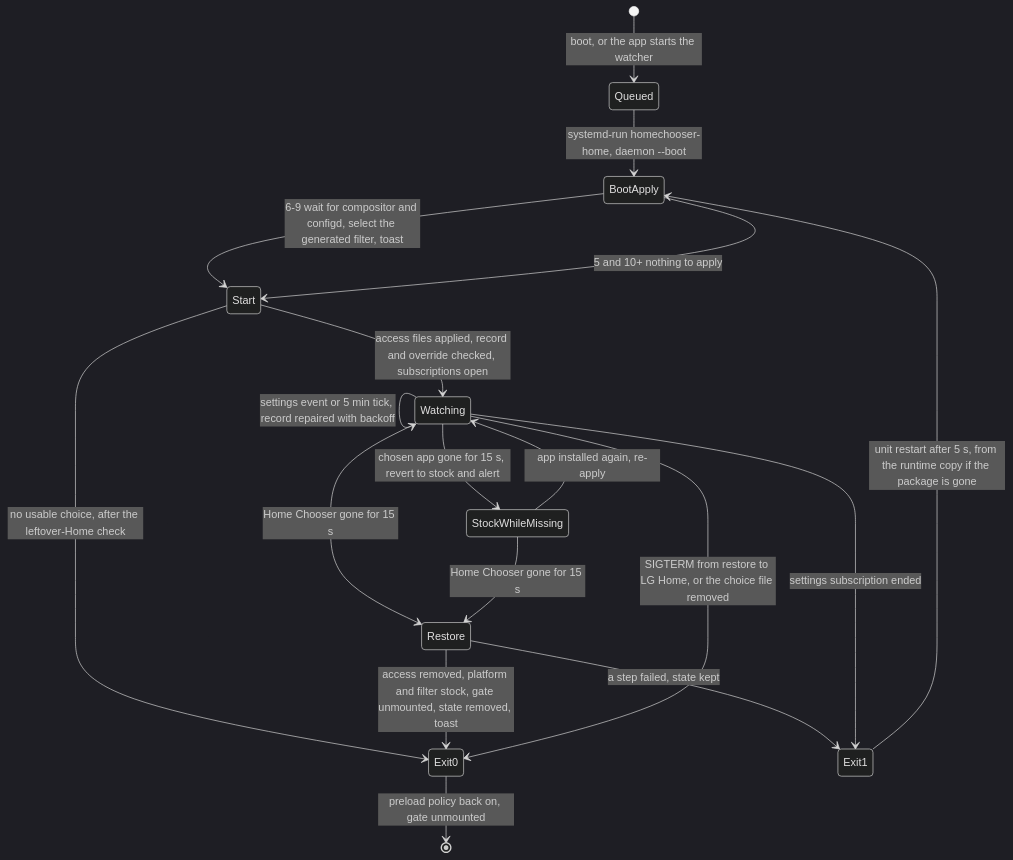
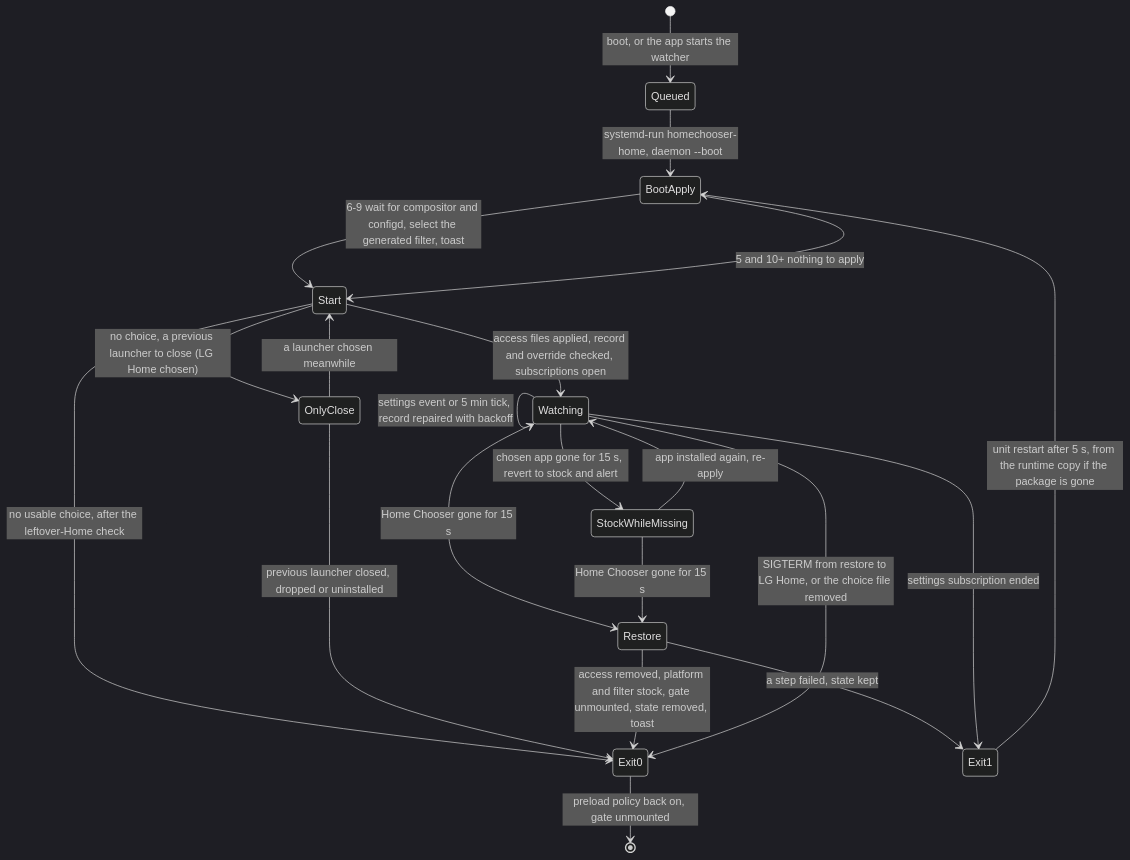
Before and after one commit to webosbrew/home-chooser: the fourth of 5 diagrams in docs/architecture.md, drawn with Mermaid (dark theme). The commit also changed other lines of this file and 3 other files, not shown here.

Commit message:
docs: the previous launcher is closed by the watcher after the panel

````diff
--- a/docs/architecture.md
+++ b/docs/architecture.md
@@ -170,21 +170,24 @@
 ```mermaid
 stateDiagram-v2
     [*] --> Queued: boot, or the app starts the watcher
     Queued --> BootApply: systemd-run homechooser-home, daemon --boot
     BootApply --> Start: 6-9 wait for compositor and configd, select the generated filter, toast
     BootApply --> Start: 5 and 10+ nothing to apply
     Start --> Exit0: no usable choice, after the leftover-Home check
+    Start --> OnlyClose: no choice, a previous launcher to close (LG Home chosen)
+    OnlyClose --> Exit0: previous launcher closed, dropped or uninstalled
+    OnlyClose --> Start: a launcher chosen meanwhile
     Start --> Watching: access files applied, record and override checked, subscriptions open
     Watching --> Watching: choice change, re-apply record, override, filter and gate
     Watching --> Watching: settings event or 5 min tick, record repaired with backoff
     Watching --> StockWhileMissing: chosen app gone for 15 s, revert to stock and alert
     StockWhileMissing --> Watching: app installed again, re-apply
     Watching --> Restore: Home Chooser gone for 15 s
     StockWhileMissing --> Restore: Home Chooser gone for 15 s
     Restore --> Exit0: access removed, platform and filter stock, gate unmounted, state removed, toast
     Restore --> Exit1: a step failed, state kept
     Watching --> Exit0: SIGTERM from restore to LG Home, or the choice file removed
     Watching --> Exit1: settings subscription ended
     Exit1 --> BootApply: unit restart after 5 s, from the runtime copy if the package is gone
     Exit0 --> [*]: preload policy back on, gate unmounted
 ```
````
